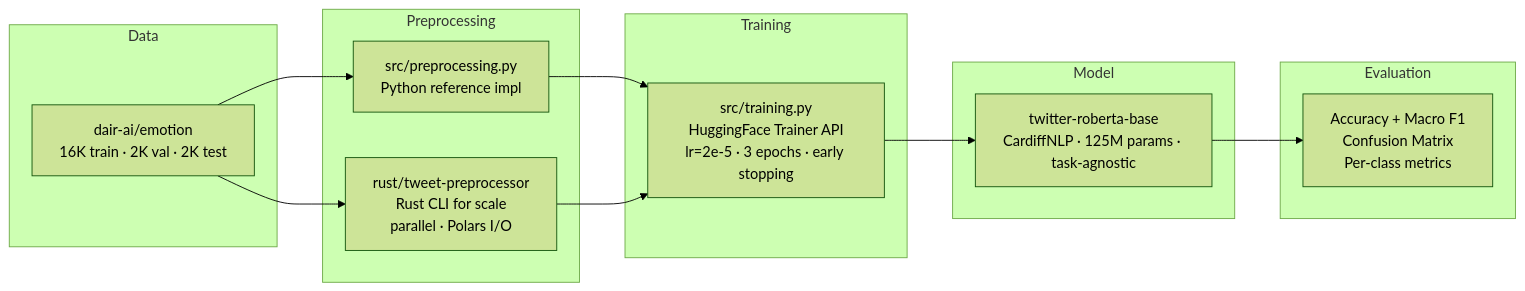
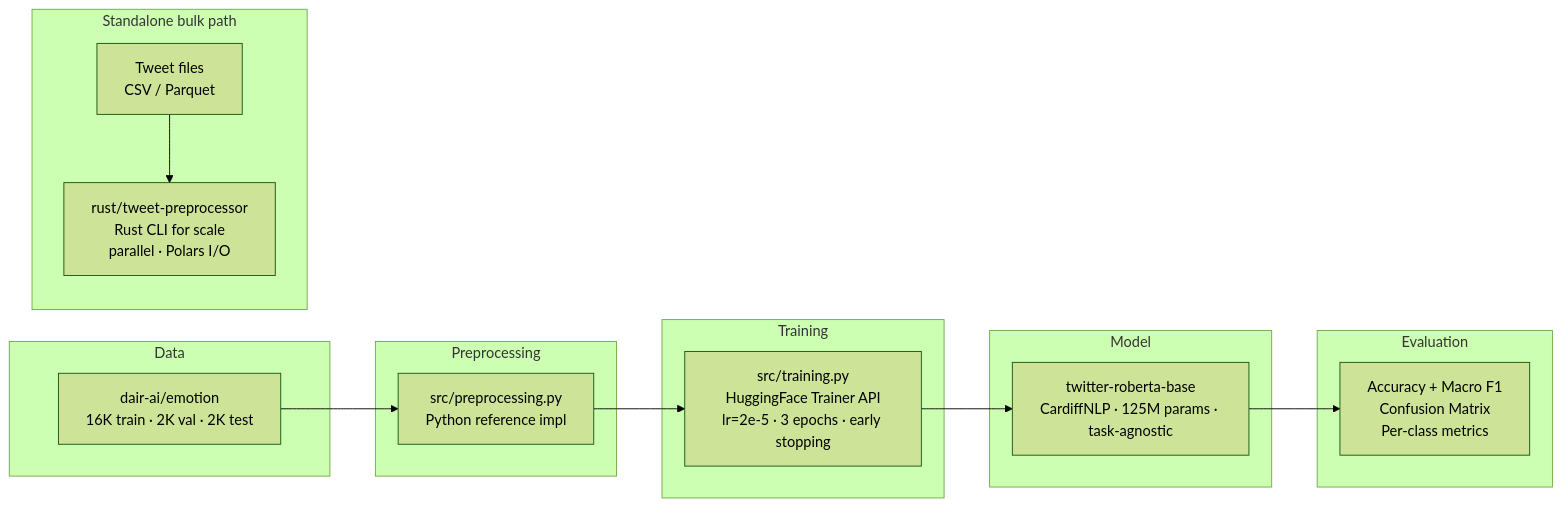
One commit to LukeSantossz/tweet-sentiment-analysis changed the diagram in README.md. Above: the diagram before and after it, drawn with Mermaid (forest theme). The commit also changed other lines of this file, not shown here.

````diff
--- a/README.md
+++ b/README.md
@@ -38,27 +39,31 @@
 ```mermaid
 flowchart LR
     subgraph Data
         A[dair-ai/emotion<br/>16K train · 2K val · 2K test]
     end
 
     subgraph Preprocessing
         B1[src/preprocessing.py<br/>Python reference impl]
+    end
+
+    subgraph Bulk["Standalone bulk path"]
+        F[Tweet files<br/>CSV / Parquet]
         B2[rust/tweet-preprocessor<br/>Rust CLI for scale<br/>parallel · Polars I/O]
     end
 
     subgraph Training
         C[src/training.py<br/>HuggingFace Trainer API<br/>lr=2e-5 · 3 epochs · early stopping]
     end
 
     subgraph Model
         D[twitter-roberta-base<br/>CardiffNLP · 125M params · task-agnostic]
     end
 
     subgraph Evaluation
         E[Accuracy + Macro F1<br/>Confusion Matrix<br/>Per-class metrics]
     end
 
     A --> B1 --> C
-    A --> B2 --> C
     C --> D --> E
+    F --> B2
 ```
````
